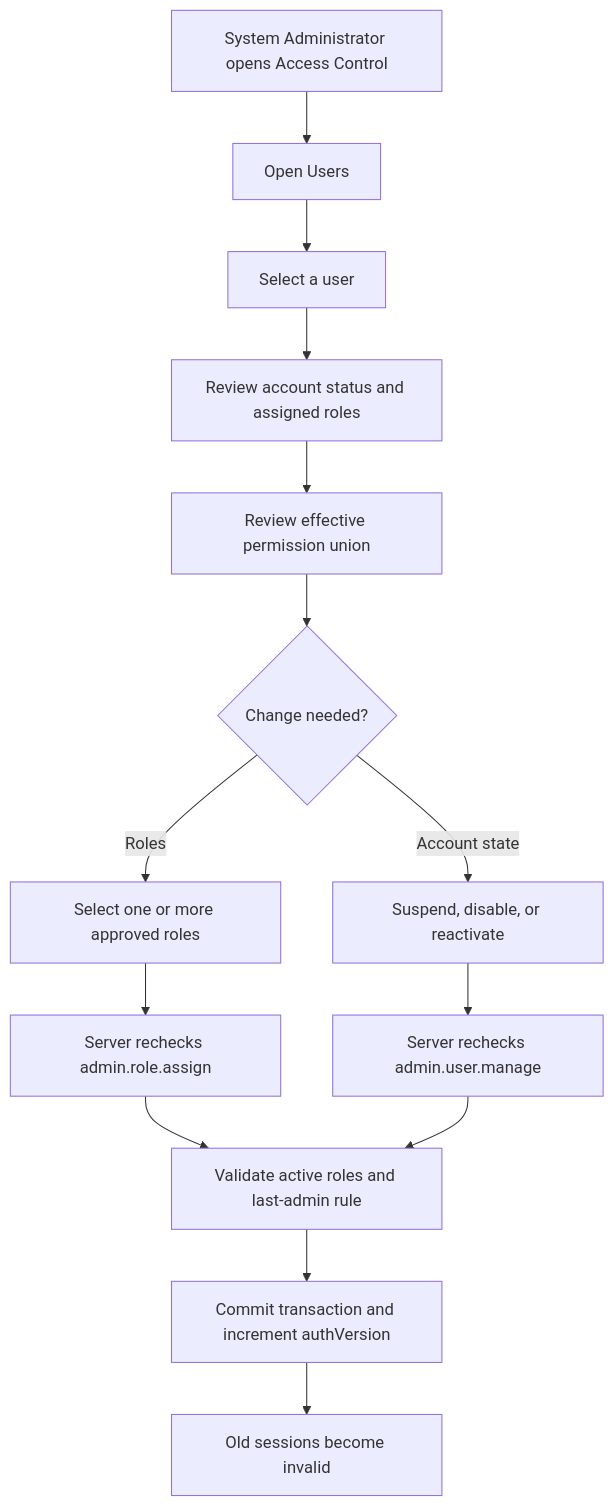
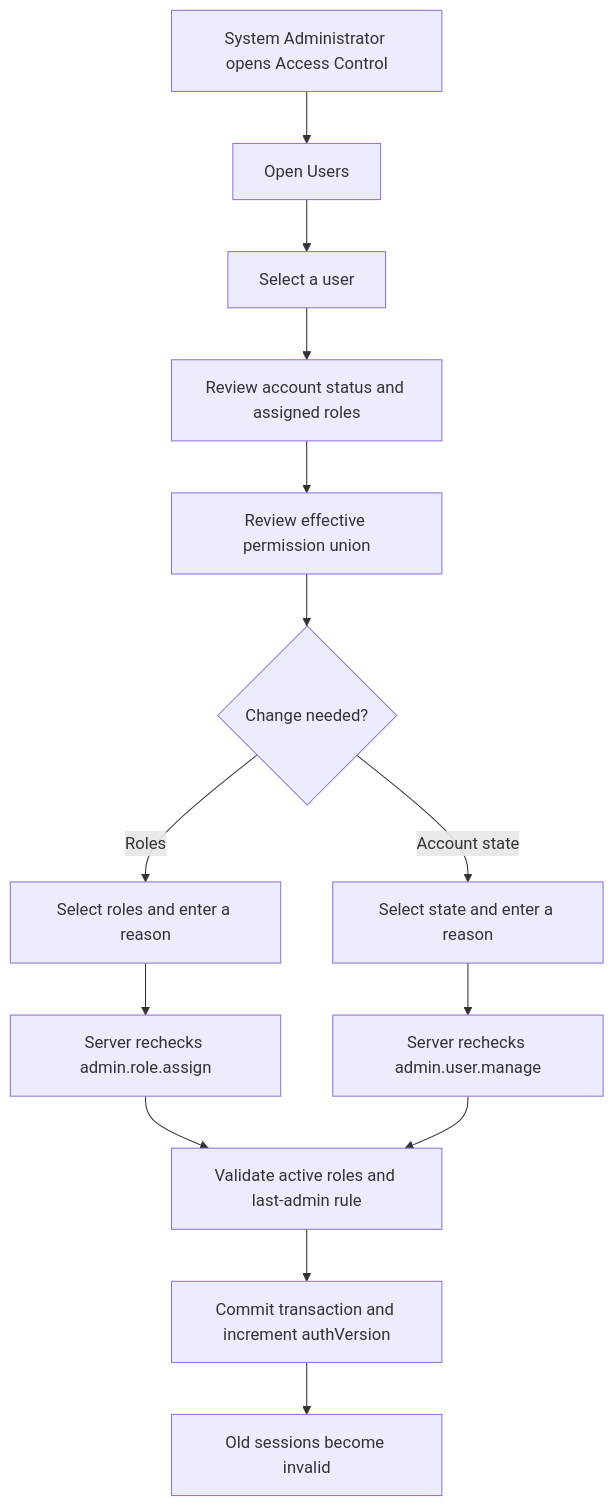
Before and after one commit to Access-S/ERP: the diagram in docs/auth/access-control-administration.md, drawn with Mermaid. The commit also changed other lines of this file and 35 other files, not shown here.

````diff
--- a/docs/auth/access-control-administration.md
+++ b/docs/auth/access-control-administration.md
@@ -89,16 +93,16 @@
 ```mermaid
 flowchart TD
     A[System Administrator opens Access Control] --> B[Open Users]
     B --> C[Select a user]
     C --> D[Review account status and assigned roles]
     D --> E[Review effective permission union]
     E --> F{Change needed?}
-    F -->|Roles| G[Select one or more approved roles]
-    F -->|Account state| H[Suspend, disable, or reactivate]
+    F -->|Roles| G[Select roles and enter a reason]
+    F -->|Account state| H[Select state and enter a reason]
     G --> I[Server rechecks admin.role.assign]
     H --> J[Server rechecks admin.user.manage]
     I --> K[Validate active roles and last-admin rule]
     J --> K
     K --> L[Commit transaction and increment authVersion]
     L --> M[Old sessions become invalid]
 ```
````
